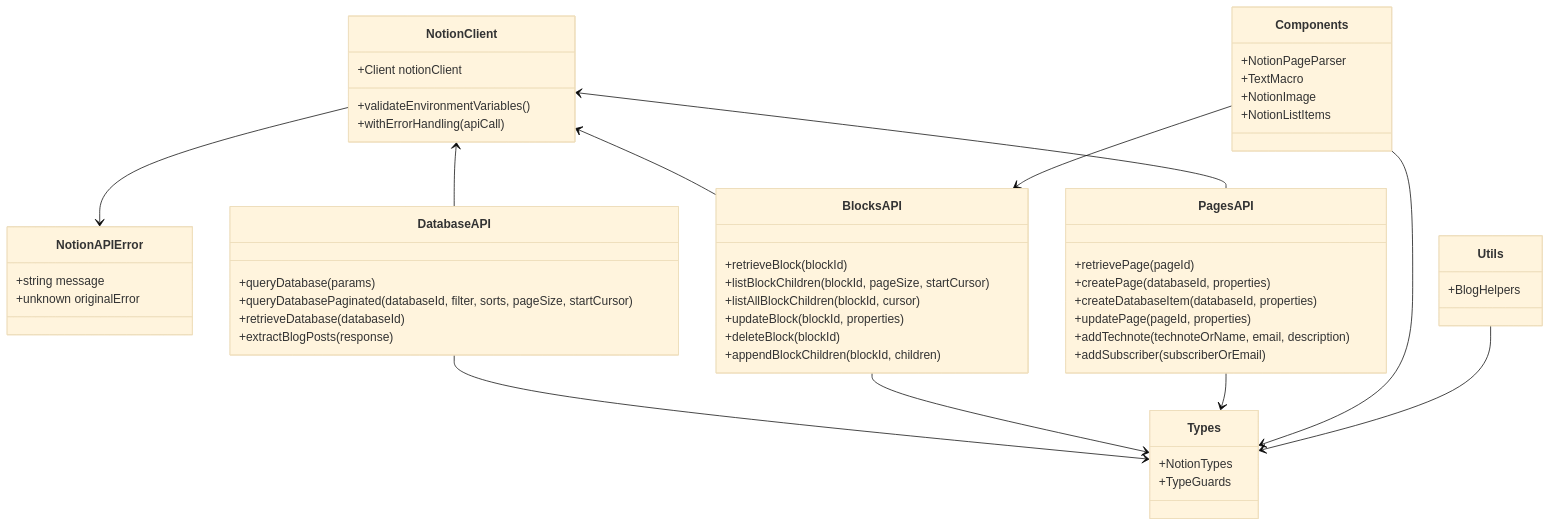
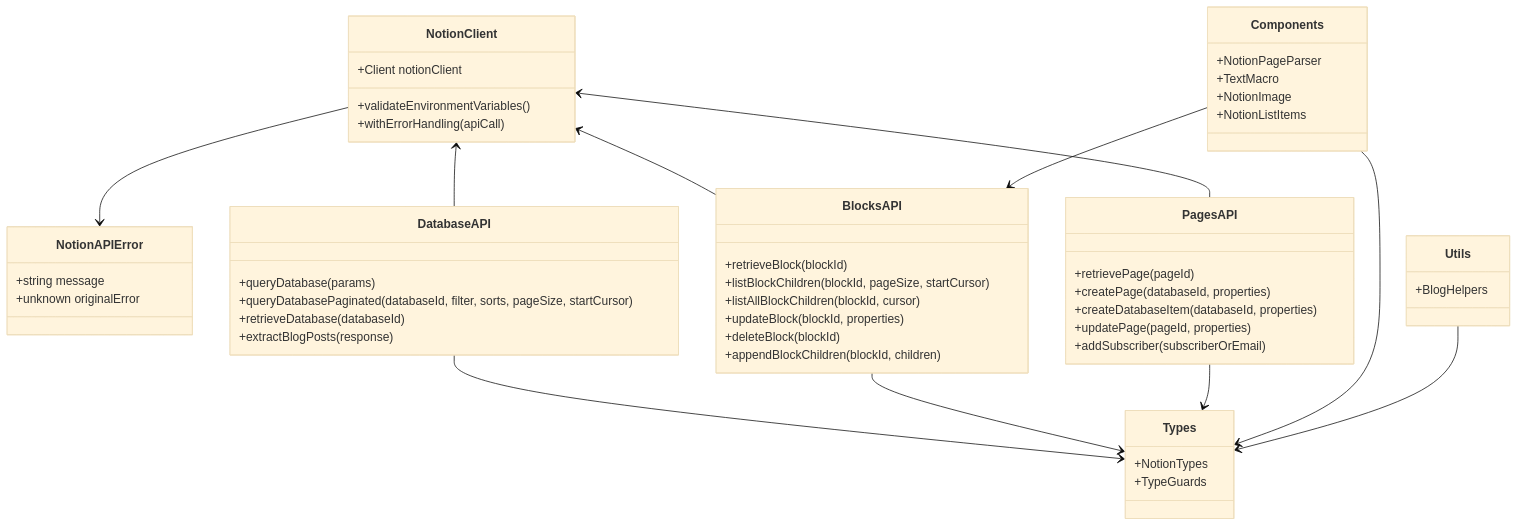
The diagram in src/lib/notion/API_DOCUMENTATION.md (3mdistal/alicealexandra.com), drawn with Mermaid (base theme) before and after one commit. The commit also changed other lines of this file, not shown here.

````diff
--- a/src/lib/notion/API_DOCUMENTATION.md
+++ b/src/lib/notion/API_DOCUMENTATION.md
@@ -19,68 +19,67 @@
 ```mermaid
 classDiagram
     class NotionClient {
         +Client notionClient
         +validateEnvironmentVariables()
         +withErrorHandling(apiCall)
     }
 
     class NotionAPIError {
         +string message
         +unknown originalError
     }
 
     class DatabaseAPI {
         +queryDatabase(params)
         +queryDatabasePaginated(databaseId, filter, sorts, pageSize, startCursor)
         +retrieveDatabase(databaseId)
         +extractBlogPosts(response)
     }
 
     class BlocksAPI {
         +retrieveBlock(blockId)
         +listBlockChildren(blockId, pageSize, startCursor)
         +listAllBlockChildren(blockId, cursor)
         +updateBlock(blockId, properties)
         +deleteBlock(blockId)
         +appendBlockChildren(blockId, children)
     }
 
     class PagesAPI {
         +retrievePage(pageId)
         +createPage(databaseId, properties)
         +createDatabaseItem(databaseId, properties)
         +updatePage(pageId, properties)
-        +addTechnote(technoteOrName, email, description)
         +addSubscriber(subscriberOrEmail)
     }
 
     class Components {
         +NotionPageParser
         +TextMacro
         +NotionImage
         +NotionListItems
     }
 
     class Types {
         +NotionTypes
         +TypeGuards
     }
 
     class Utils {
         +BlogHelpers
     }
 
     NotionClient <-- DatabaseAPI
     NotionClient <-- BlocksAPI
     NotionClient <-- PagesAPI
     NotionClient --> NotionAPIError
 
     DatabaseAPI --> Types
     BlocksAPI --> Types
     PagesAPI --> Types
 
     Components --> Types
     Components --> BlocksAPI
 
     Utils --> Types
 ```
````
